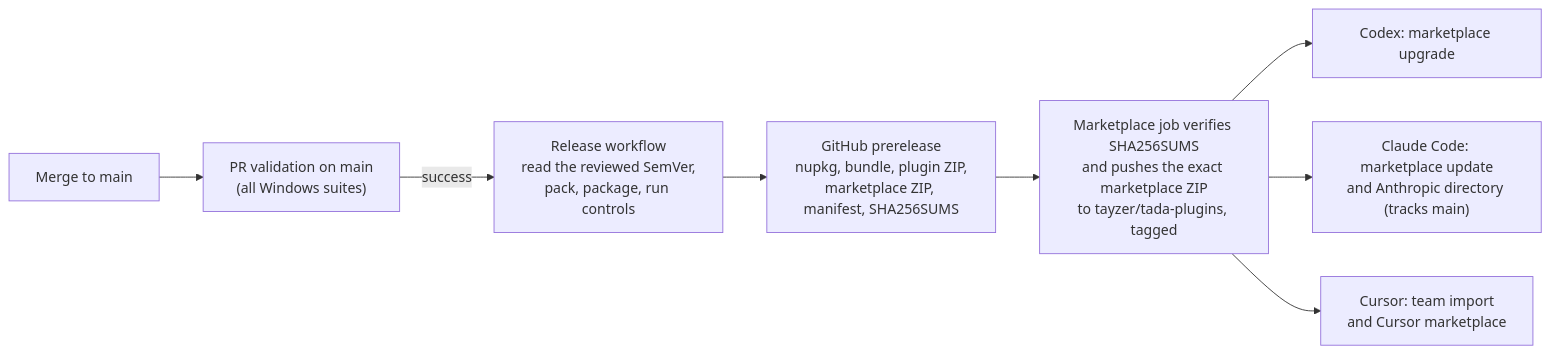
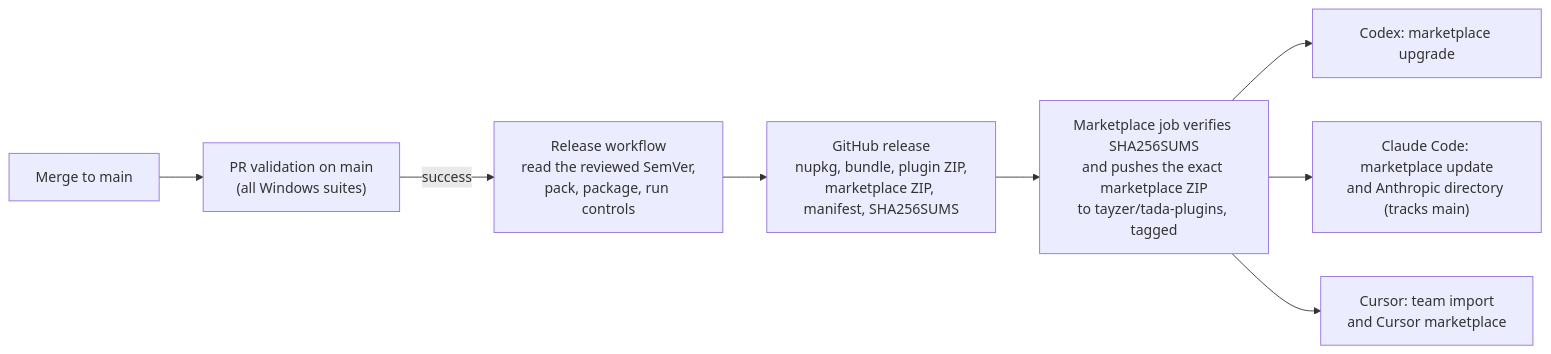
The diagram in docs/releasing.md (tayzer/TADA), drawn with Mermaid before and after one commit. The commit also changed other lines of this file and 13 other files, not shown here.

````diff
--- a/docs/releasing.md
+++ b/docs/releasing.md
@@ -7,10 +7,10 @@
 ```mermaid
 flowchart LR
     merge["Merge to main"] --> ci["PR validation on main<br/>(all Windows suites)"]
     ci -- "success" --> package["Release workflow<br/>read the reviewed SemVer,<br/>pack, package, run controls"]
-    package --> gh["GitHub prerelease<br/>nupkg, bundle, plugin ZIP,<br/>marketplace ZIP, manifest, SHA256SUMS"]
+    package --> gh["GitHub release<br/>nupkg, bundle, plugin ZIP,<br/>marketplace ZIP, manifest, SHA256SUMS"]
     gh --> market["Marketplace job verifies SHA256SUMS<br/>and pushes the exact marketplace ZIP<br/>to tayzer/tada-plugins, tagged"]
     market --> codex["Codex: marketplace upgrade"]
     market --> claude["Claude Code: marketplace update<br/>and Anthropic directory (tracks main)"]
     market --> cursor["Cursor: team import<br/>and Cursor marketplace"]
 ```
````
